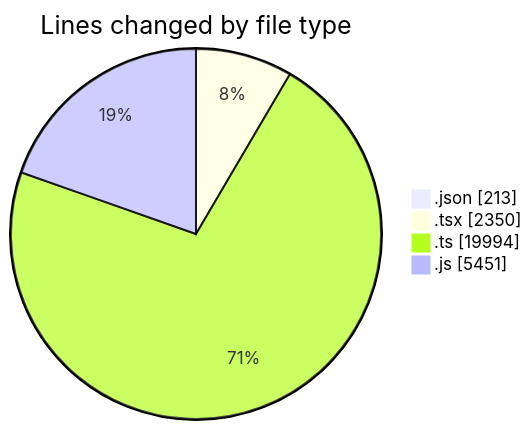
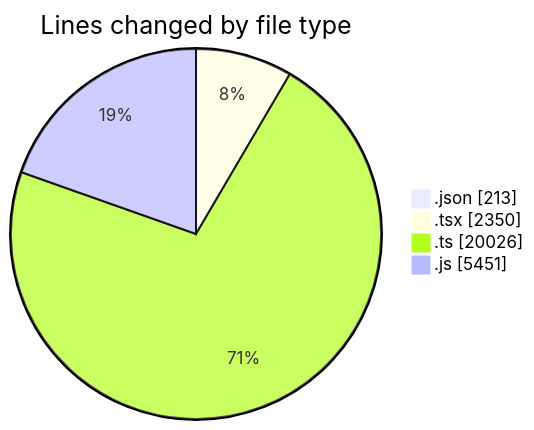
Before and after one commit to momahboobian/code-tracking: the first of 2 diagrams in 2025-07-28/cda/README.md, drawn with Mermaid. The commit also changed other lines of this file and 1 other file, not shown here.

````diff
--- a/2025-07-28/cda/README.md
+++ b/2025-07-28/cda/README.md
@@ -33,8 +34,8 @@
 ```mermaid
 pie showData
 title Lines changed by file type
 ".json" : 213
 ".tsx" : 2350
-".ts" : 19994
+".ts" : 20026
 ".js" : 5451
 ```
````
